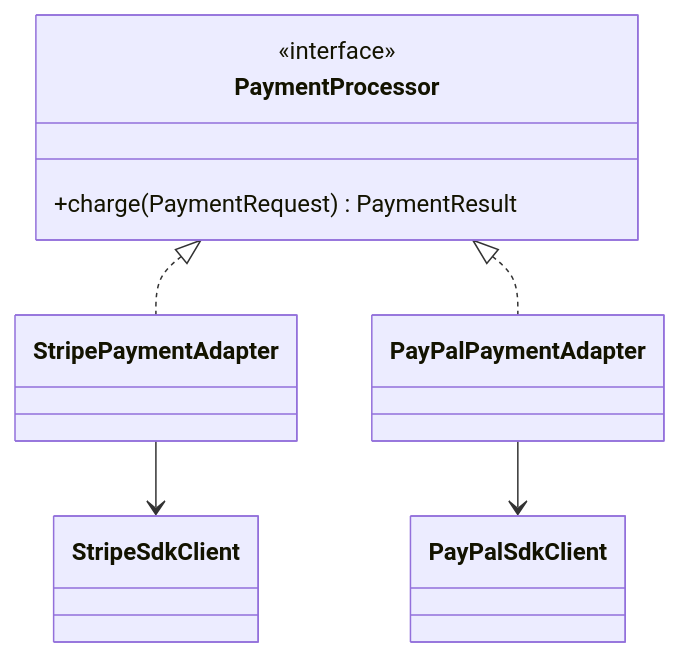
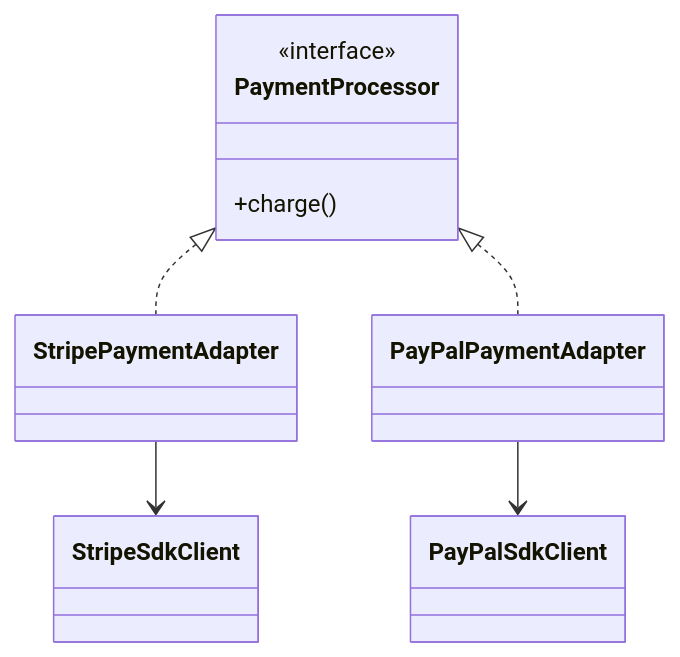
One commit to sandeepbhardwaj/sandeepbhardwaj.github.io changed the first of 2 diagrams in _posts/2025-12-08-adapter-pattern-java-payment-gateway.md. Above: the diagram before and after it, drawn with Mermaid. The commit also changed 85 other files, not shown here.

Commit message:
mermaid flow chart fixes

````diff
--- a/_posts/2025-12-08-adapter-pattern-java-payment-gateway.md
+++ b/_posts/2025-12-08-adapter-pattern-java-payment-gateway.md
@@ -58,15 +58,15 @@
 ```mermaid
 classDiagram
     class PaymentProcessor {
       <<interface>>
-      +charge(PaymentRequest) PaymentResult
+      +charge()
     }
     class StripeSdkClient
     class PayPalSdkClient
     class StripePaymentAdapter
     class PayPalPaymentAdapter
     PaymentProcessor <|.. StripePaymentAdapter
     PaymentProcessor <|.. PayPalPaymentAdapter
     StripePaymentAdapter --> StripeSdkClient
     PayPalPaymentAdapter --> PayPalSdkClient
 ```
````
